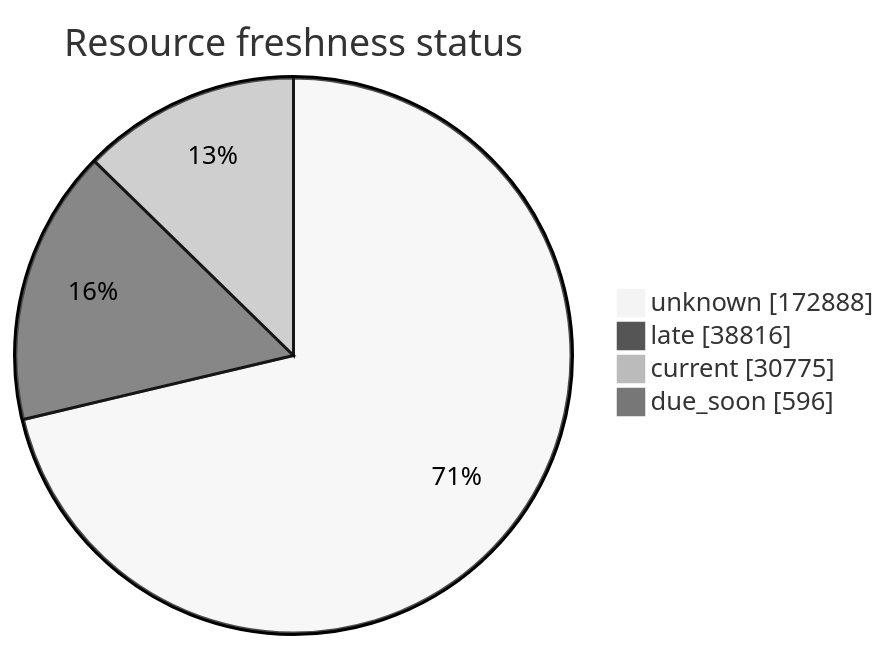
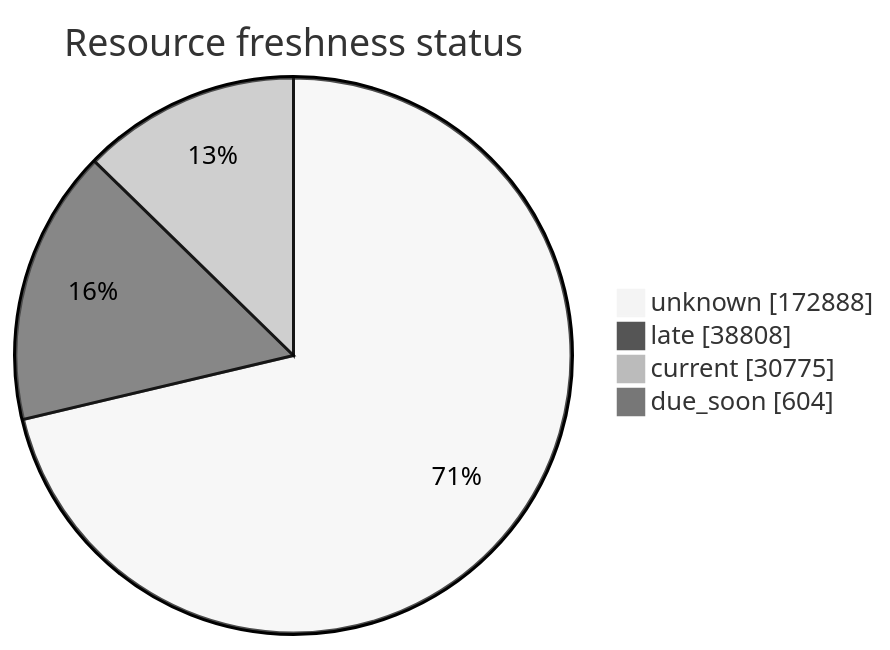
Before and after one commit to open-data/analytics-corporate-reporting: the third of 5 diagrams in FreshCheck/README.md, drawn with Mermaid (neutral theme). The commit also changed other lines of this file and 3 other files, not shown here.

````diff
--- a/FreshCheck/README.md
+++ b/FreshCheck/README.md
@@ -77,7 +77,7 @@
 ```mermaid
 pie showData title Resource freshness status
     "unknown": 172888
-    "late": 38816
+    "late": 38808
     "current": 30775
-    "due_soon": 596
+    "due_soon": 604
 ```
````
